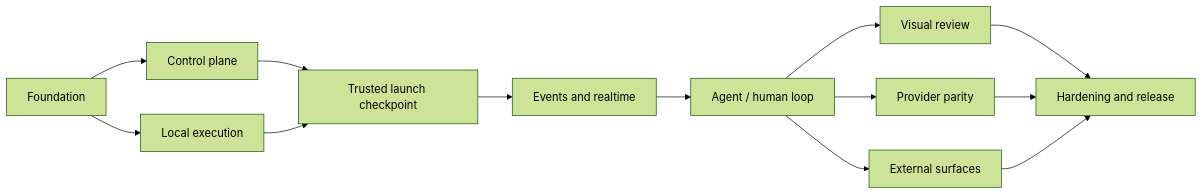
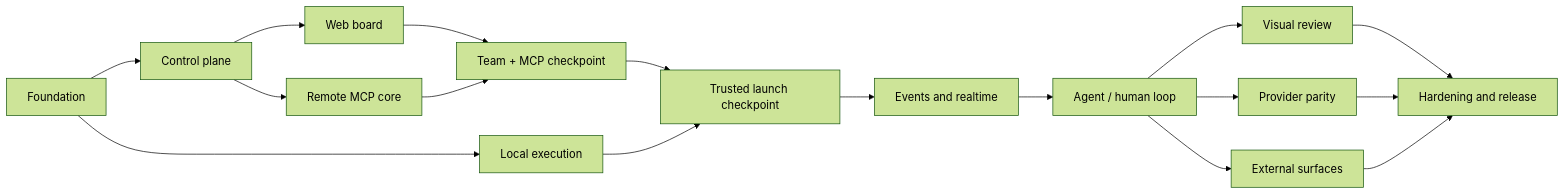
Before and after one commit to bigfatboard/bfb: the first of 3 diagrams in docs/work-packages/README.md, drawn with Mermaid (forest theme). The commit also changed other lines of this file and 15 other files, not shown here.

Commit message:
docs: define web and MCP first execution slice

````diff
--- a/docs/work-packages/README.md
+++ b/docs/work-packages/README.md
@@ -32,15 +32,19 @@
 ```mermaid
 flowchart LR
     F["Foundation"] --> C["Control plane"]
     F --> L["Local execution"]
-    C --> Launch["Trusted launch checkpoint"]
+    C --> W["Web board"]
+    C --> RMCP["Remote MCP core"]
+    W --> Team["Team + MCP checkpoint"]
+    RMCP --> Team
+    Team --> Launch["Trusted launch checkpoint"]
     L --> Launch
     Launch --> E["Events and realtime"]
     E --> A["Agent / human loop"]
     A --> V["Visual review"]
     A --> P["Provider parity"]
     A --> X["External surfaces"]
     V --> G["Hardening and release"]
     P --> G
     X --> G
 ```
````
